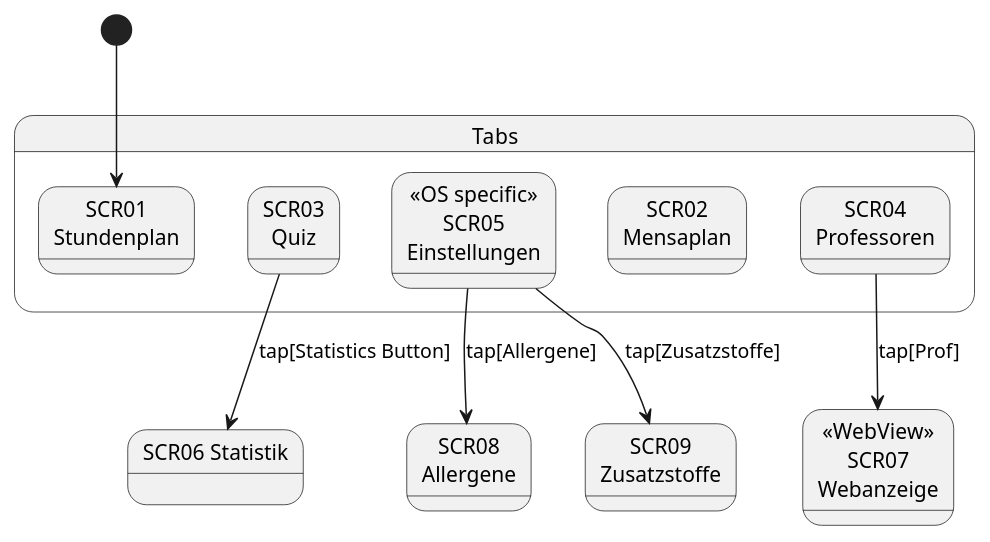
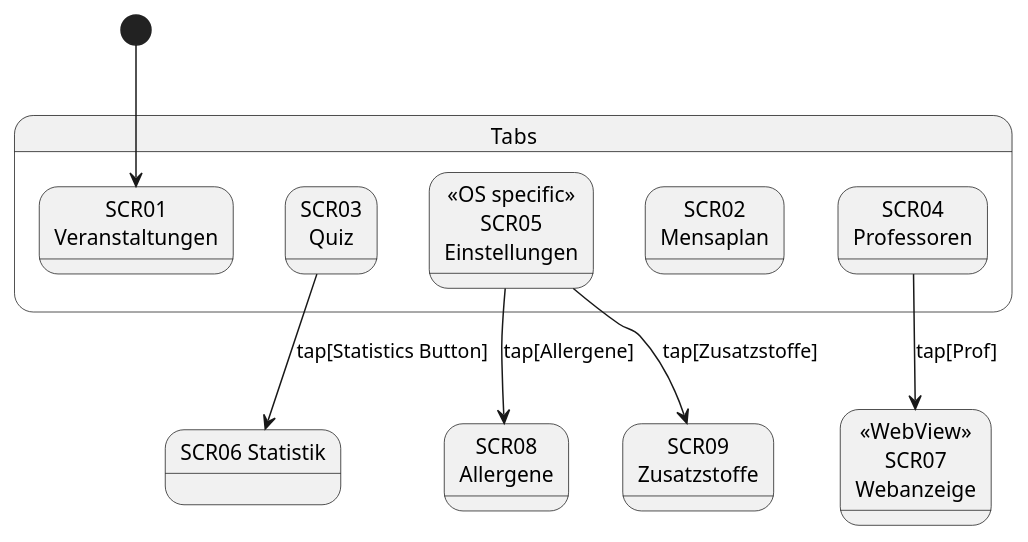
Before and after one commit to RobinNunkesser/plantuml: the diagram in Interaktionsdesign.pu, drawn with PlantUML. The commit also changed 5 other files, not shown here.

```diff
--- a/Interaktionsdesign.pu
+++ b/Interaktionsdesign.pu
@@ -1,22 +1,22 @@
 @startuml
 
 state Tabs {
 state "SCR03\nQuiz" as SCR04
 state "SCR02\nMensaplan" as SCR03
 state "<<OS specific>>\nSCR05\nEinstellungen" as SCR09
 state "SCR04\nProfessoren" as SCR06
-state "SCR01\nStundenplan" as SCR02
+state "SCR01\nVeranstaltungen" as SCR02
 }
 [*] --> SCR02
 
 state "SCR06 Statistik" as SCR07
 state "<<WebView>>\nSCR07\nWebanzeige" as SCR11
 state "SCR08\nAllergene" as SCR13
 state "SCR09\nZusatzstoffe" as SCR12
 
 
 SCR04 --> SCR07 : tap[Statistics Button]
 SCR06 --> SCR11 : tap[Prof]
 SCR09 --> SCR12 : tap[Zusatzstoffe]
 SCR09 --> SCR13 : tap[Allergene]
 @enduml
```
